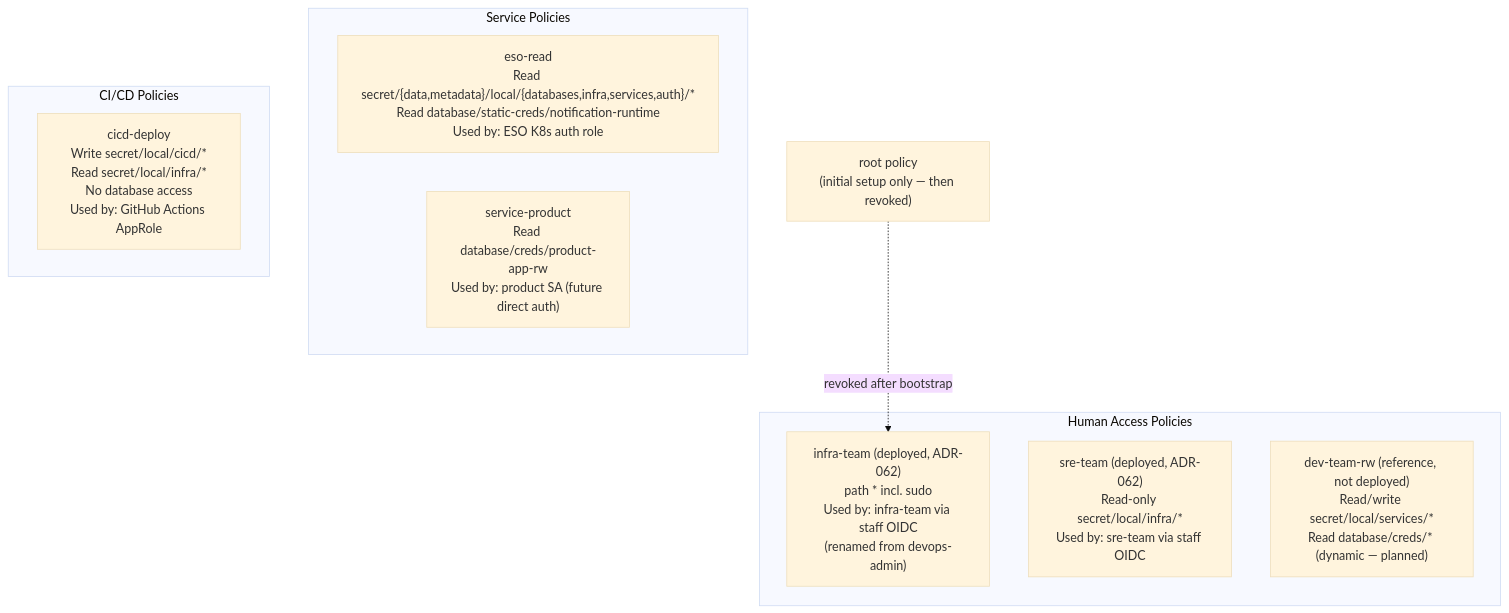
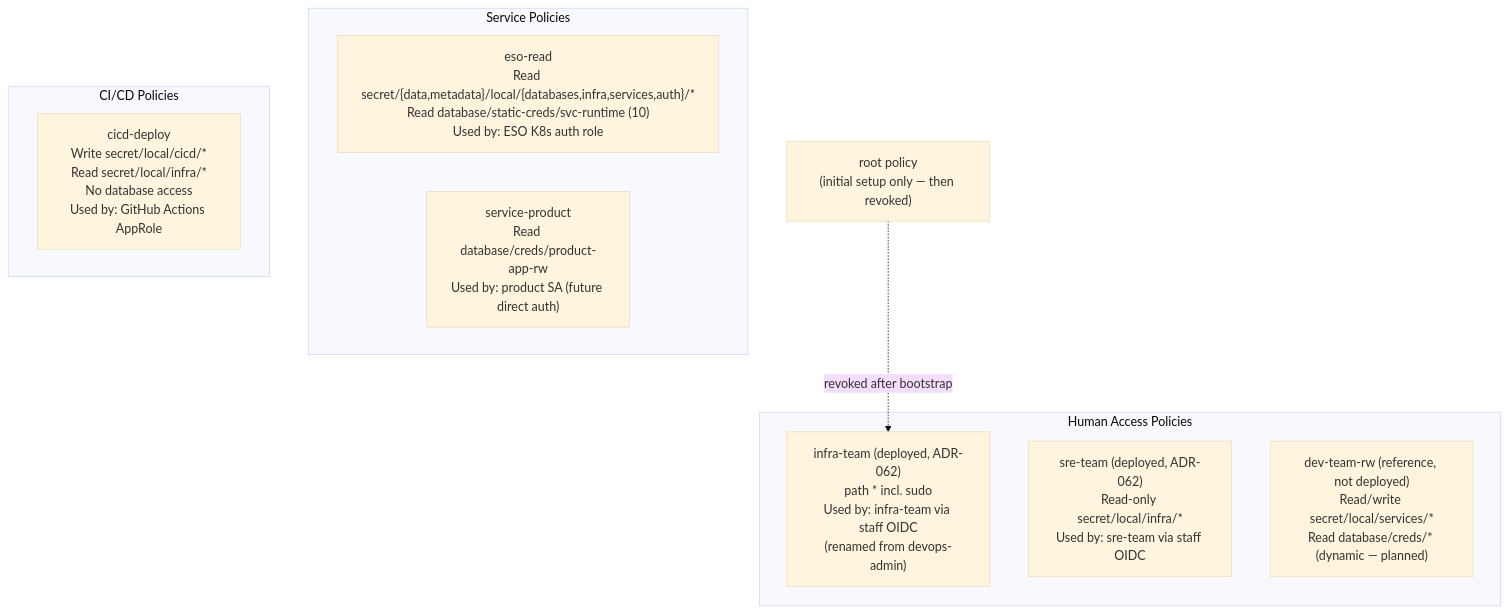
Diagram 16 of 19 in docs/secrets/openbao.md (duynhlab/homelab), drawn with Mermaid (base theme) before and after one commit. The commit also changed other lines of this file and 92 other files, not shown here.

First line of the commit message:
Finalise ADR-089 and refresh database diagrams (#1337)

````diff
--- a/docs/secrets/openbao.md
+++ b/docs/secrets/openbao.md
@@ -863,22 +885,22 @@
 ```mermaid
 flowchart TD
     root_policy["root policy\n(initial setup only — then revoked)"]
 
     subgraph human["Human Access Policies"]
         devops_admin["infra-team (deployed, ADR-062)\npath * incl. sudo\nUsed by: infra-team via staff OIDC\n(renamed from devops-admin)"]
         sre_ro["sre-team (deployed, ADR-062)\nRead-only secret/local/infra/*\nUsed by: sre-team via staff OIDC"]
         dev_rw["dev-team-rw (reference, not deployed)\nRead/write secret/local/services/*\nRead database/creds/* (dynamic — planned)"]
     end
 
     subgraph service["Service Policies"]
-        eso_read["eso-read\nRead secret/{data,metadata}/local/{databases,infra,services,auth}/*\nRead database/static-creds/notification-runtime\nUsed by: ESO K8s auth role"]
+        eso_read["eso-read\nRead secret/{data,metadata}/local/{databases,infra,services,auth}/*\nRead database/static-creds/svc-runtime (10)\nUsed by: ESO K8s auth role"]
         svc_product["service-product\nRead database/creds/product-app-rw\nUsed by: product SA (future direct auth)"]
     end
 
     subgraph cicd["CI/CD Policies"]
         cicd_deploy["cicd-deploy\nWrite secret/local/cicd/*\nRead secret/local/infra/*\nNo database access\nUsed by: GitHub Actions AppRole"]
     end
 
     root_policy -.->|"revoked after bootstrap"| devops_admin
     devops_admin & sre_ro & dev_rw & eso_read & svc_product & cicd_deploy
 ```
````
